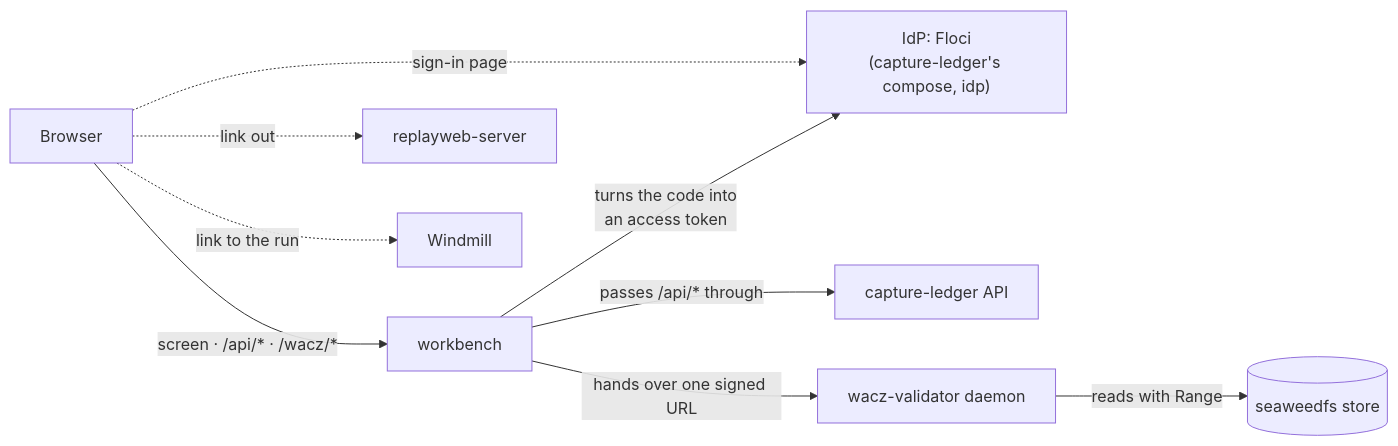
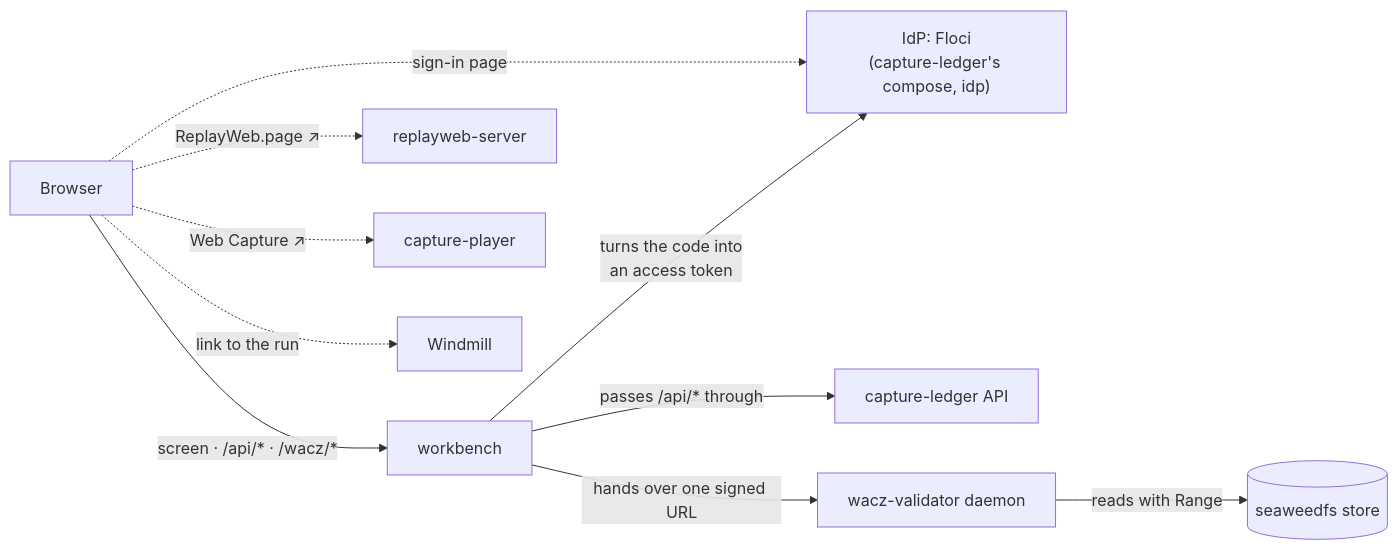
Before and after one commit to uraitakahito/capture-workbench: the diagram in docs-site/src/content/docs/index.md, drawn with Mermaid. The commit also changed other lines of this file and 25 other files, not shown here.

First line of the commit message:
feat!: 再生のリンクを ReplayWeb.page と Web Capture の 2 つにする（CAPTURE-102） (#95)

````diff
--- a/docs-site/src/content/docs/index.md
+++ b/docs-site/src/content/docs/index.md
@@ -22,11 +22,12 @@
 ```mermaid
 flowchart LR
   B["Browser"] -->|"screen · /api/* · /wacz/*"| D["workbench"]
   B -.->|"sign-in page"| I["IdP: Floci<br/>(capture-ledger's compose, idp)"]
   D -->|"turns the code into<br/>an access token"| I
   D -->|"passes /api/* through"| L["capture-ledger API"]
   D -->|"hands over one signed URL"| V["wacz-validator daemon"]
   V -->|"reads with Range"| S[("seaweedfs store")]
-  B -.->|"link out"| R["replayweb-server"]
+  B -.->|"ReplayWeb.page ↗"| R["replayweb-server"]
+  B -.->|"Web Capture ↗"| P["capture-player"]
   B -.->|"link to the run"| W["Windmill"]
 ```
````
